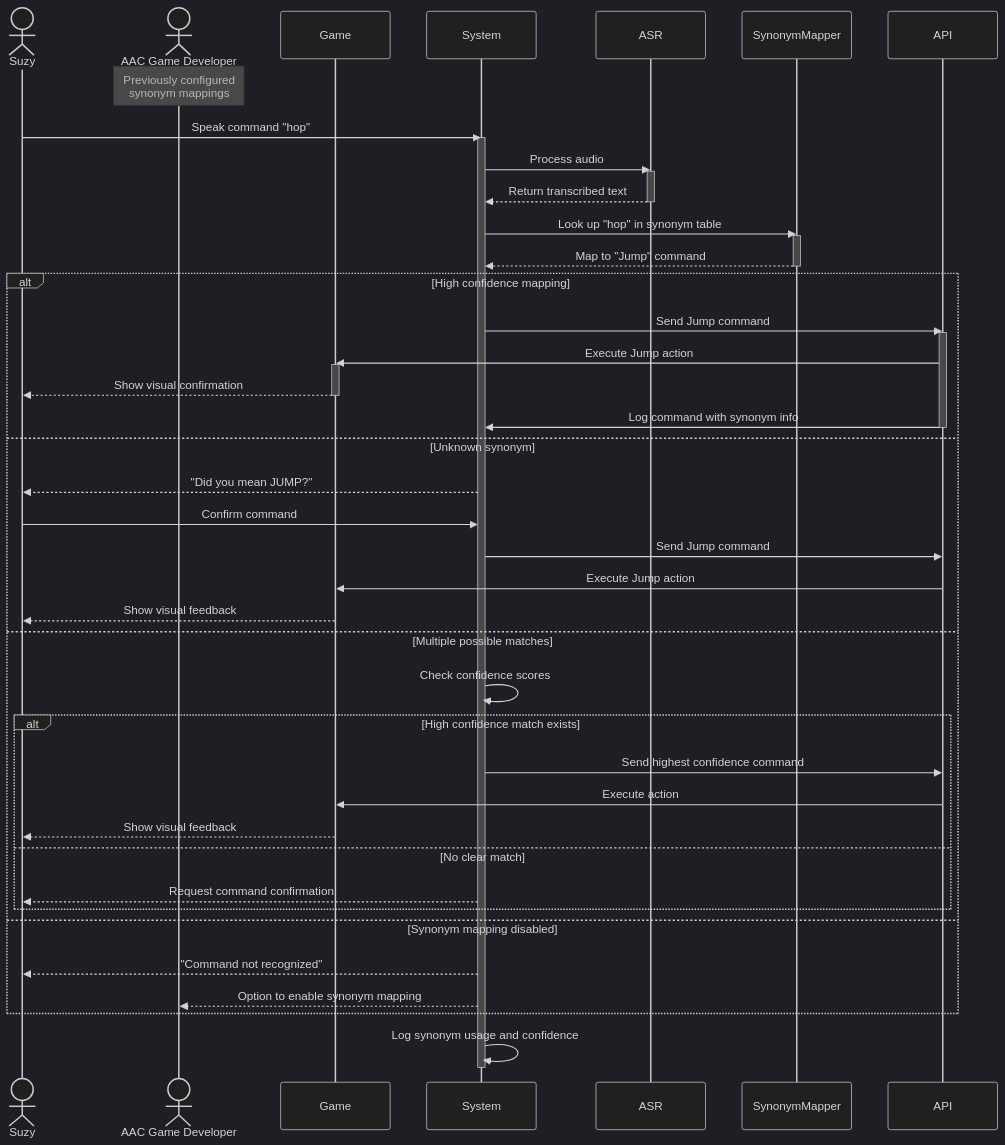
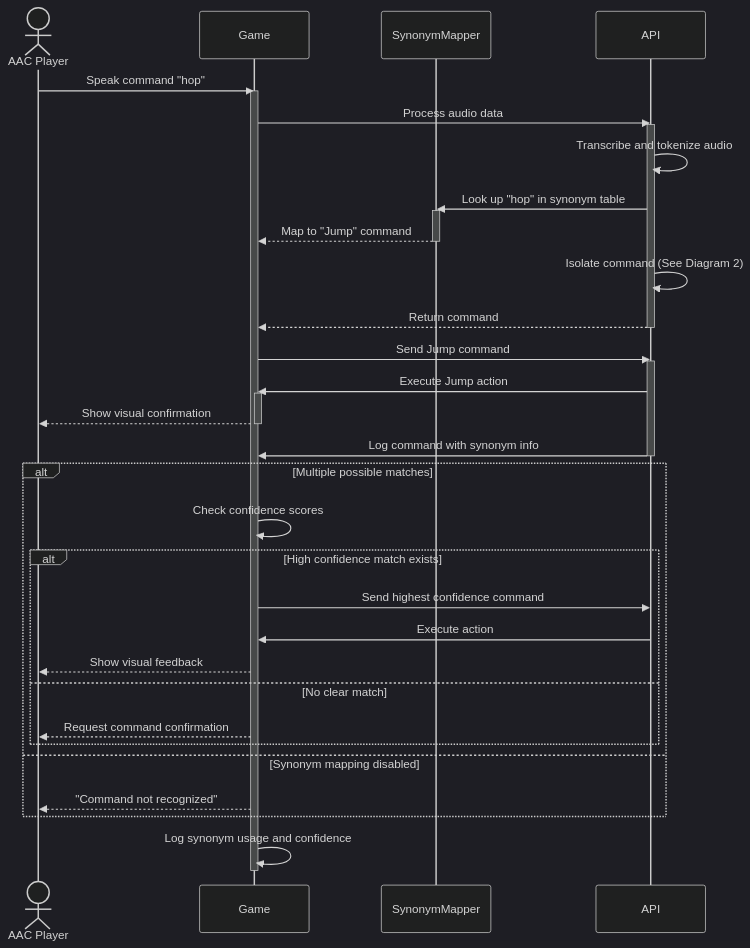
Before and after one commit to Capstone-Projects-2025-Fall/project-001-aac-api: the fifth of 8 diagrams in documentation/docs/system-architecture/sequence-diagrams.md, drawn with Mermaid (dark theme). The commit also changed other lines of this file, not shown here.

Commit message:
Update Sequence Diagram 2

````diff
--- a/documentation/docs/system-architecture/sequence-diagrams.md
+++ b/documentation/docs/system-architecture/sequence-diagrams.md
@@ -150,57 +156,47 @@
 ```mermaid
 sequenceDiagram
-    actor Suzy
-    actor AAC Game Developer
+    actor AAC Player
     participant Game
-    participant System
-    participant ASR
     participant SynonymMapper
     participant API
     
-    Note over AAC Game Developer: Previously configured<br/>synonym mappings
+    AAC Player->>Game: Speak command "hop"
+    activate Game
+    Game->>API: Process audio data
+    activate API
+    API->>API: Transcribe and tokenize audio
+
+    API->>SynonymMapper: Look up "hop" in synonym table
+    activate SynonymMapper
+    SynonymMapper-->>Game: Map to "Jump" command
+    deactivate SynonymMapper
+    API->>API: Isolate command (See Diagram 2)
+    API-->>Game: Return command
+    deactivate API
     
-    Suzy->>System: Speak command "hop"
-    activate System
-    System->>ASR: Process audio
-    activate ASR
-    ASR-->>System: Return transcribed text
-    deactivate ASR
     
-    System->>SynonymMapper: Look up "hop" in synonym table
-    activate SynonymMapper
-    SynonymMapper-->>System: Map to "Jump" command
-    deactivate SynonymMapper
-    
-    alt High confidence mapping
-        System->>API: Send Jump command
-        activate API
-        API->>Game: Execute Jump action
-        activate Game
-        Game-->>Suzy: Show visual confirmation
-        deactivate Game
-        API->>System: Log command with synonym info
-        deactivate API
-    else Unknown synonym
-        System-->>Suzy: "Did you mean JUMP?"
-        Suzy->>System: Confirm command
-        System->>API: Send Jump command
-        API->>Game: Execute Jump action
-        Game-->>Suzy: Show visual feedback
-    
-    else Multiple possible matches
-        System->>System: Check confidence scores
+    Game->>API: Send Jump command
+    activate API
+    API->>Game: Execute Jump action
+    activate Game
+    Game-->>AAC Player: Show visual confirmation
+    deactivate Game
+    API->>Game: Log command with synonym info
+    deactivate API
+
+    alt Multiple possible matches
+        Game->>Game: Check confidence scores
         alt High confidence match exists
-            System->>API: Send highest confidence command
+            Game->>API: Send highest confidence command
             API->>Game: Execute action
-            Game-->>Suzy: Show visual feedback
+            Game-->>AAC Player: Show visual feedback
         else No clear match
-            System-->>Suzy: Request command confirmation
+            Game-->>AAC Player: Request command confirmation
         end
     else Synonym mapping disabled
-        System-->>Suzy: "Command not recognized"
-        System-->>AAC Game Developer: Option to enable synonym mapping
+        Game-->>AAC Player: "Command not recognized"
     end
     
-    System->>System: Log synonym usage and confidence
-    deactivate System
+    Game->>Game: Log synonym usage and confidence
+    deactivate Game
 ```
````
